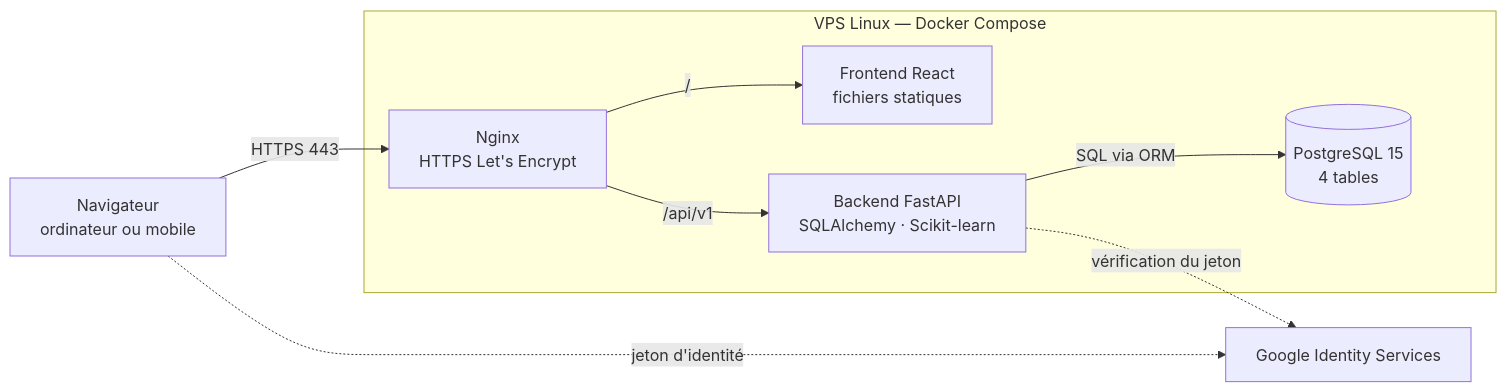
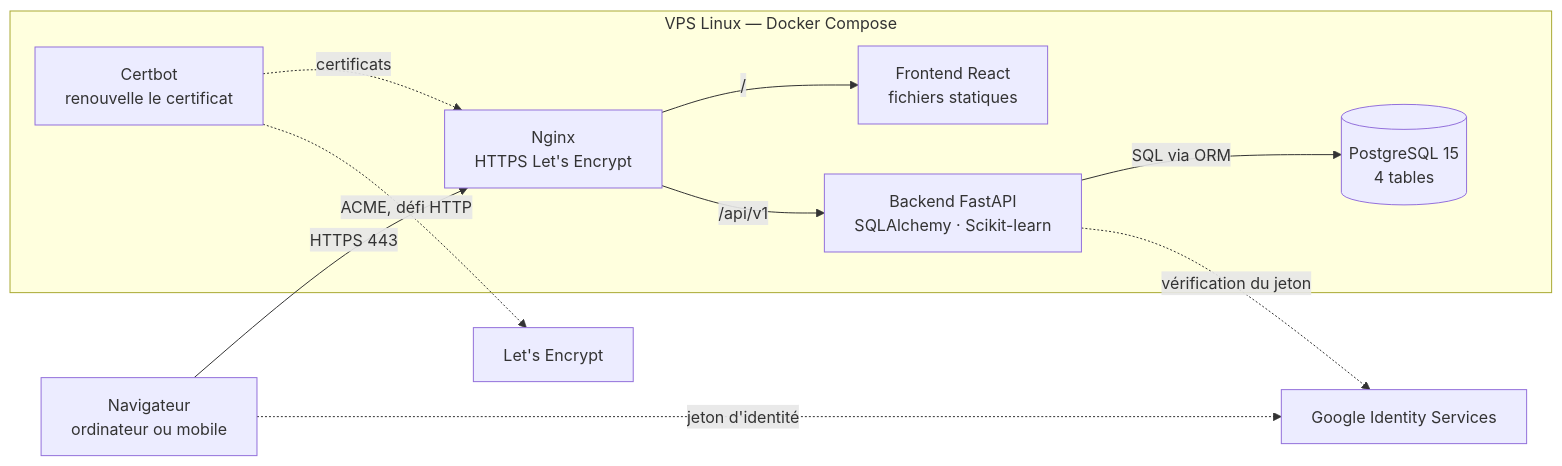
Before and after one commit to martial-300/plateforme-formations-hitt: the eighth of 8 diagrams in docs/uml.md, drawn with Mermaid. The commit also changed 6 other files, not shown here.

First line of the commit message:
docs(deploiement): procédure de production, répétition locale et diagramme 8 (S7)

````diff
--- a/docs/uml.md
+++ b/docs/uml.md
@@ -347,11 +347,13 @@
 ```mermaid
 flowchart LR
     NAV[Navigateur<br/>ordinateur ou mobile] -- HTTPS 443 --> NGX
     subgraph VPS[VPS Linux — Docker Compose]
         NGX[Nginx<br/>HTTPS Let's Encrypt] -- / --> FE[Frontend React<br/>fichiers statiques]
         NGX -- /api/v1 --> BE[Backend FastAPI<br/>SQLAlchemy · Scikit-learn]
         BE -- SQL via ORM --> PG[(PostgreSQL 15<br/>4 tables)]
+        CB[Certbot<br/>renouvelle le certificat] -. certificats .-> NGX
     end
+    CB -. ACME, défi HTTP .-> LE[Let's Encrypt]
     NAV -. jeton d'identité .-> GOO[Google Identity Services]
     BE -. vérification du jeton .-> GOO
 ```
````
